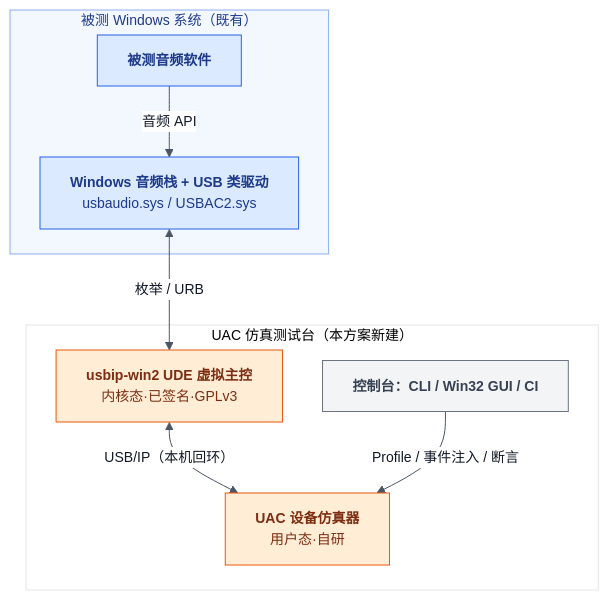
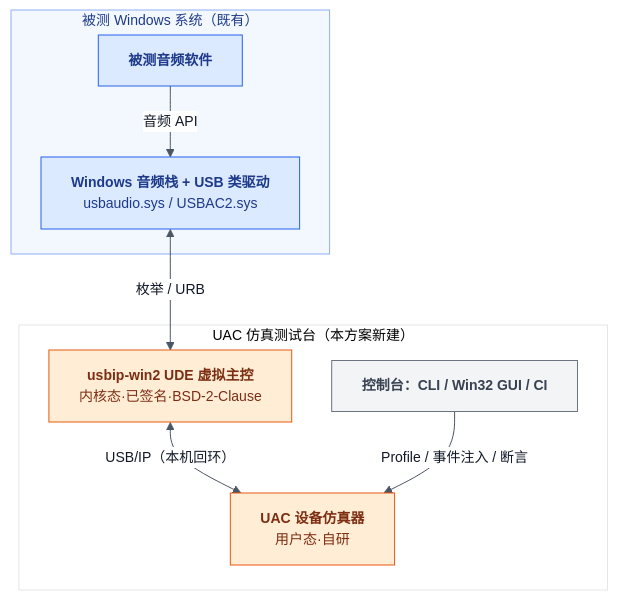
One commit to tangjianfang/phantom-audio changed the first of 4 diagrams in rfc-windows-virtual-uac-device.md. Above: the diagram before and after it, drawn with Mermaid. The commit also changed other lines of this file and 76 other files, not shown here.

````diff
--- a/rfc-windows-virtual-uac-device.md
+++ b/rfc-windows-virtual-uac-device.md
@@ -50,26 +52,26 @@
 ```mermaid
 %%{init:{"theme":"base","themeVariables":{"fontSize":"14px","primaryColor":"#f3f4f6","primaryBorderColor":"#6b7280","primaryTextColor":"#111827","lineColor":"#4b5563","tertiaryColor":"#ffffff","edgeLabelBackground":"#ffffff","fontFamily":"Segoe UI, Microsoft YaHei, PingFang SC, sans-serif"},"flowchart":{"nodeSpacing":40,"wrappingWidth":360}}}%%
 flowchart TB
     %% level: L0
     subgraph WG["被测 Windows 系统（既有）"]
         APP["<b>被测音频软件</b>"]
         STACK["<b>Windows 音频栈 + USB 类驱动</b><br/><span style='color:#6b7280;font-size:12px'>usbaudio.sys / USBAC2.sys</span>"]
     end
     subgraph TG["UAC 仿真测试台（本方案新建）"]
-        UDE["<b>usbip-win2 UDE 虚拟主控</b><br/><span style='color:#6b7280;font-size:12px'>内核态·已签名·GPLv3</span>"]
+        UDE["<b>usbip-win2 UDE 虚拟主控</b><br/><span style='color:#6b7280;font-size:12px'>内核态·已签名·BSD-2-Clause</span>"]
         SIM["<b>UAC 设备仿真器</b><br/><span style='color:#6b7280;font-size:12px'>用户态·自研</span>"]
         CON["<b>控制台：CLI / Win32 GUI / CI</b>"]
     end
     APP -->|"音频 API"| STACK
     STACK <-->|"枚举 / URB"| UDE
     UDE <-->|"USB/IP（本机回环）"| SIM
     CON -->|"Profile / 事件注入 / 断言"| SIM
     classDef dut fill:#dbeafe,stroke:#2563eb,color:#1e3a8a
     classDef rig fill:#ffedd5,stroke:#ea580c,color:#7c2d12
     classDef console fill:#f3f4f6,stroke:#6b7280,color:#374151
     class APP,STACK dut
     class UDE,SIM rig
     class CON console
     %% fix-style: generated below, do not edit
     style WG fill:#dbeafe55,stroke:#2563eb,stroke-opacity:0.5,color:#1e3a8a
 ```
````
